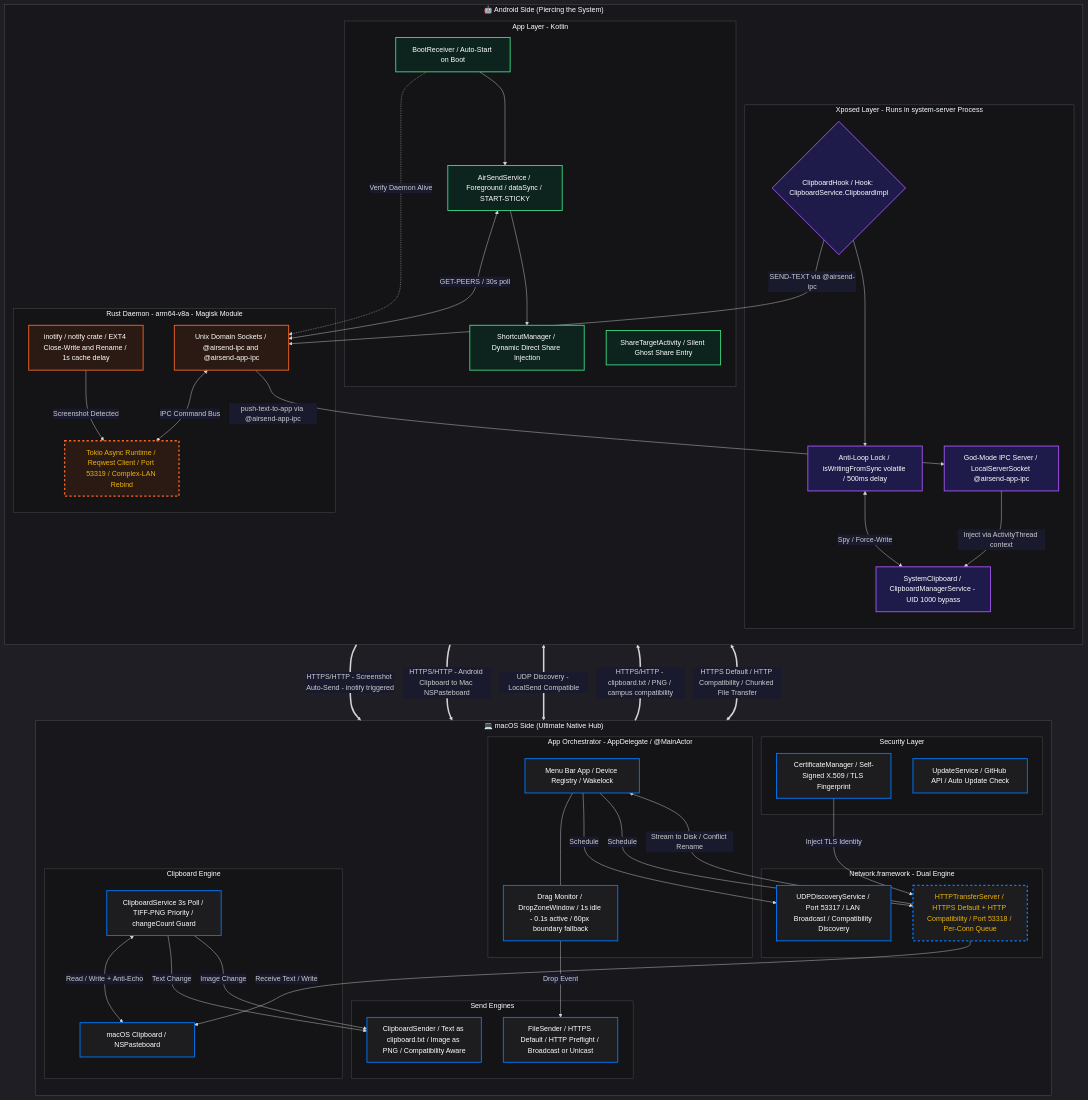
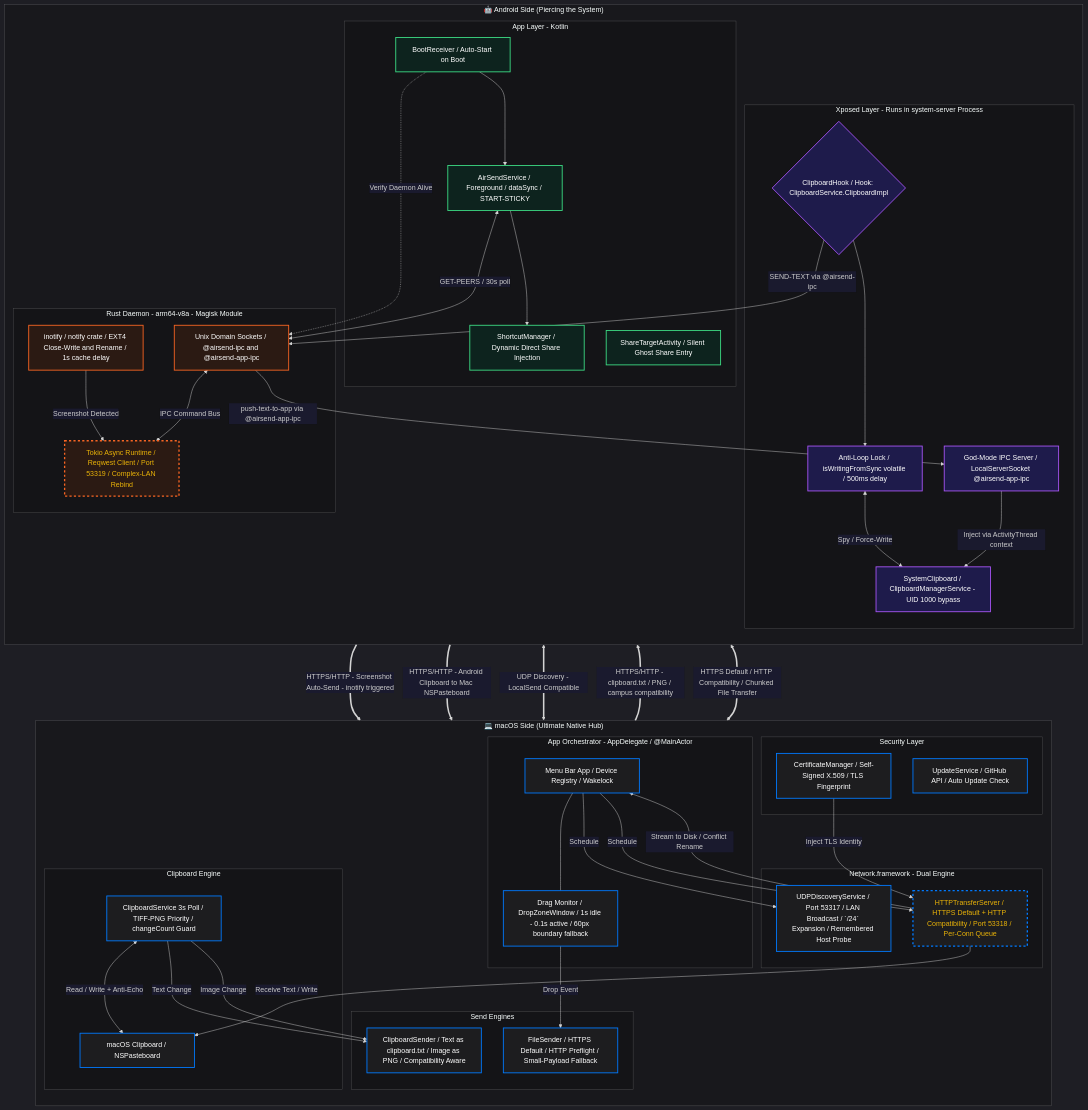
Before and after one commit to Avi7ii/AirSend: the diagram in README_en.md, drawn with Mermaid. The commit also changed other lines of this file and 21 other files, not shown here.

```diff
--- a/README_en.md
+++ b/README_en.md
@@ -150,13 +154,13 @@
         end
 
         subgraph Mac_Network ["Network.framework - Dual Engine"]
-            UDP_Disc["UDPDiscoveryService / Port 53317 / LAN Broadcast / Compatibility Discovery"]:::mac_node
+            UDP_Disc["UDPDiscoveryService / Port 53317 / LAN Broadcast / `/24` Expansion / Remembered Host Probe"]:::mac_node
             HTTP_Trans["HTTPTransferServer / HTTPS Default + HTTP Compatibility / Port 53318 / Per-Conn Queue"]:::mac_node
             CertMgr -->|"Inject TLS Identity"| HTTP_Trans
         end
 
         subgraph Mac_Send ["Send Engines"]
-            FileSender["FileSender / HTTPS Default / HTTP Preflight / Broadcast or Unicast"]:::mac_node
+            FileSender["FileSender / HTTPS Default / HTTP Preflight / Small-Payload Fallback"]:::mac_node
             ClipSender["ClipboardSender / Text as clipboard.txt / Image as PNG / Compatibility Aware"]:::mac_node
         end
 
```
